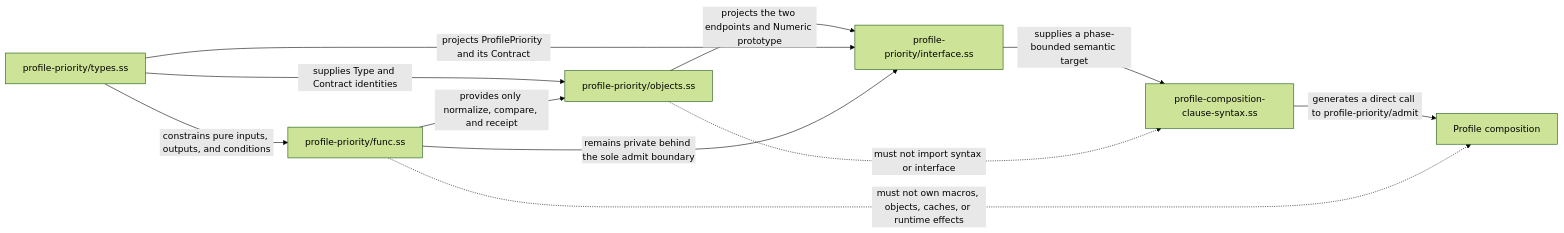
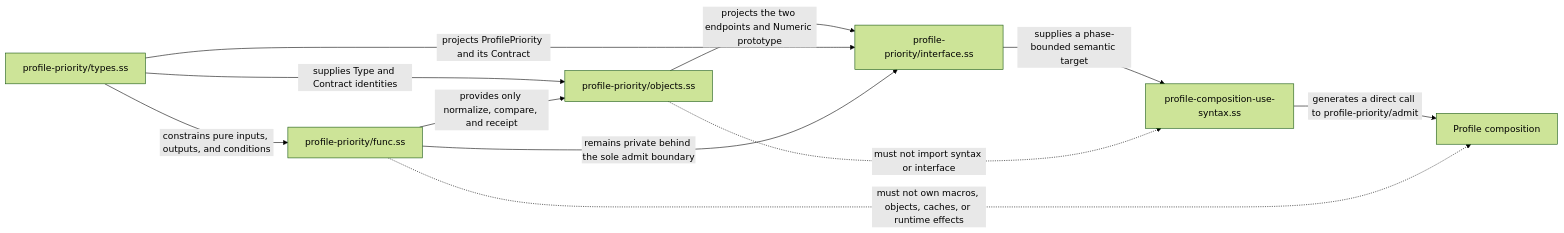
Before and after one commit to tao3k/poo-flow: the first of 6 diagrams in docs/10-19-design/10.06-poo-module-system/45-120-48-profile-priority-value-and-contract-refinement.org, drawn with Mermaid (forest theme). The commit also changed other lines of this file and 21 other files, not shown here.

Commit message:
refactor(syntax): index composition declarations

```diff
--- a/docs/10-19-design/10.06-poo-module-system/45-120-48-profile-priority-value-and-contract-refinement.org
+++ b/docs/10-19-design/10.06-poo-module-system/45-120-48-profile-priority-value-and-contract-refinement.org
@@ -337,13 +337,13 @@
 #+begin_src mermaid
 flowchart LR
   Types["profile-priority/types.ss"] -->|"constrains pure inputs, outputs, and conditions"| Func["profile-priority/func.ss"]
   Types -->|"supplies Type and Contract identities"| Objects["profile-priority/objects.ss"]
   Func -->|"provides only normalize, compare, and receipt"| Objects
   Objects -->|"projects the two endpoints and Numeric prototype"| Interface["profile-priority/interface.ss"]
   Types -->|"projects ProfilePriority and its Contract"| Interface
   Func -->|"remains private behind the sole admit boundary"| Interface
-  Interface -->|"supplies a phase-bounded semantic target"| Macro["profile-composition-clause-syntax.ss"]
+  Interface -->|"supplies a phase-bounded semantic target"| Macro["profile-composition-use-syntax.ss"]
   Macro -->|"generates a direct call to profile-priority/admit"| Consumer["Profile composition"]
   Objects -.->|"must not import syntax or interface"| Macro
   Func -.->|"must not own macros, objects, caches, or runtime effects"| Consumer
 #+end_src
```
